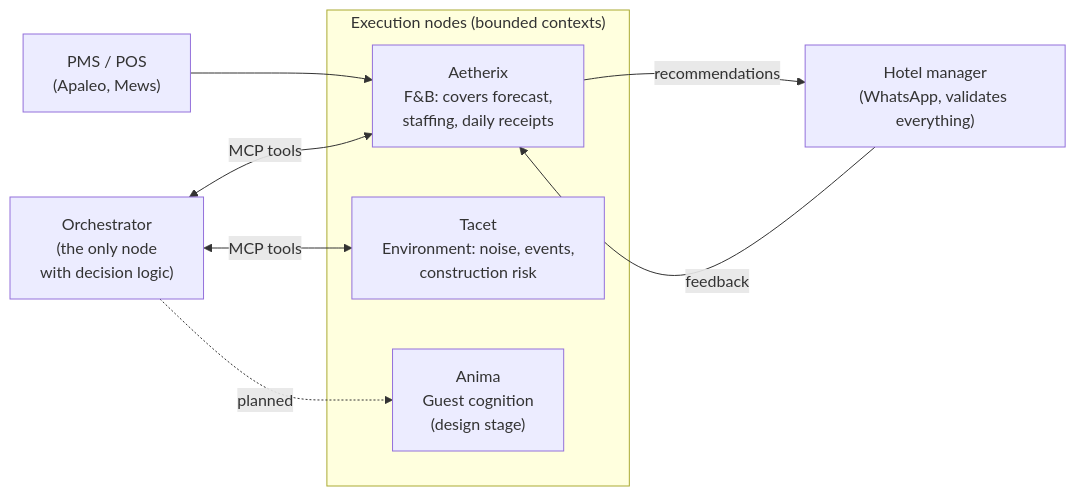
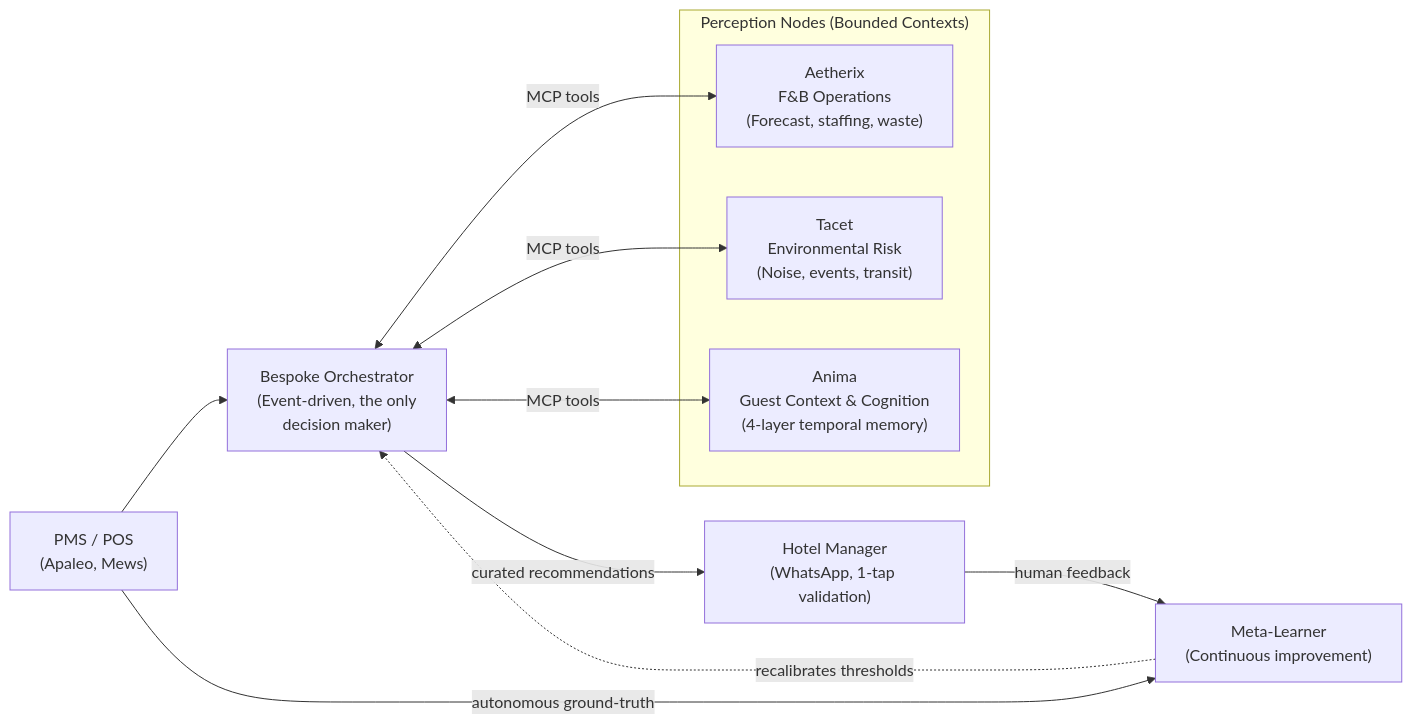
The diagram in README.md (IvandeMurard/hospitality-agentic-mesh), drawn with Mermaid before and after one commit. The commit also changed other lines of this file, not shown here.

Commit message:
docs: rewrite README with Living Memory thesis and Engineering Practices

````diff
--- a/README.md
+++ b/README.md
@@ -26,18 +36,21 @@
 ```mermaid
 graph LR
-    subgraph Nodes["Execution nodes (bounded contexts)"]
-        A["Aetherix<br/>F&B: covers forecast,<br/>staffing, daily receipts"]
-        T["Tacet<br/>Environment: noise, events,<br/>construction risk"]
-        AN["Anima<br/>Guest cognition<br/>(design stage)"]
+    subgraph Nodes["Perception Nodes (Bounded Contexts)"]
+        AN["Anima<br/>Guest Context & Cognition<br/>(4-layer temporal memory)"]
+        A["Aetherix<br/>F&B Operations<br/>(Forecast, staffing, waste)"]
+        T["Tacet<br/>Environmental Risk<br/>(Noise, events, transit)"]
     end
-    O["Orchestrator<br/>(the only node<br/>with decision logic)"]
+    O["Bespoke Orchestrator<br/>(Event-driven, the only<br/>decision maker)"]
     PMS["PMS / POS<br/>(Apaleo, Mews)"]
-    M["Hotel manager<br/>(WhatsApp, validates everything)"]
+    M["Hotel Manager<br/>(WhatsApp, 1-tap validation)"]
+    ML["Meta-Learner<br/>(Continuous improvement)"]
 
     O <-->|MCP tools| A
     O <-->|MCP tools| T
-    O -.->|planned| AN
-    PMS --> A
-    A -->|recommendations| M
-    M -->|feedback| A
+    O <-->|MCP tools| AN
+    PMS --> O
+    O -->|curated recommendations| M
+    M -->|human feedback| ML
+    PMS -->|autonomous ground-truth| ML
+    ML -.->|recalibrates thresholds| O
 ```
````
